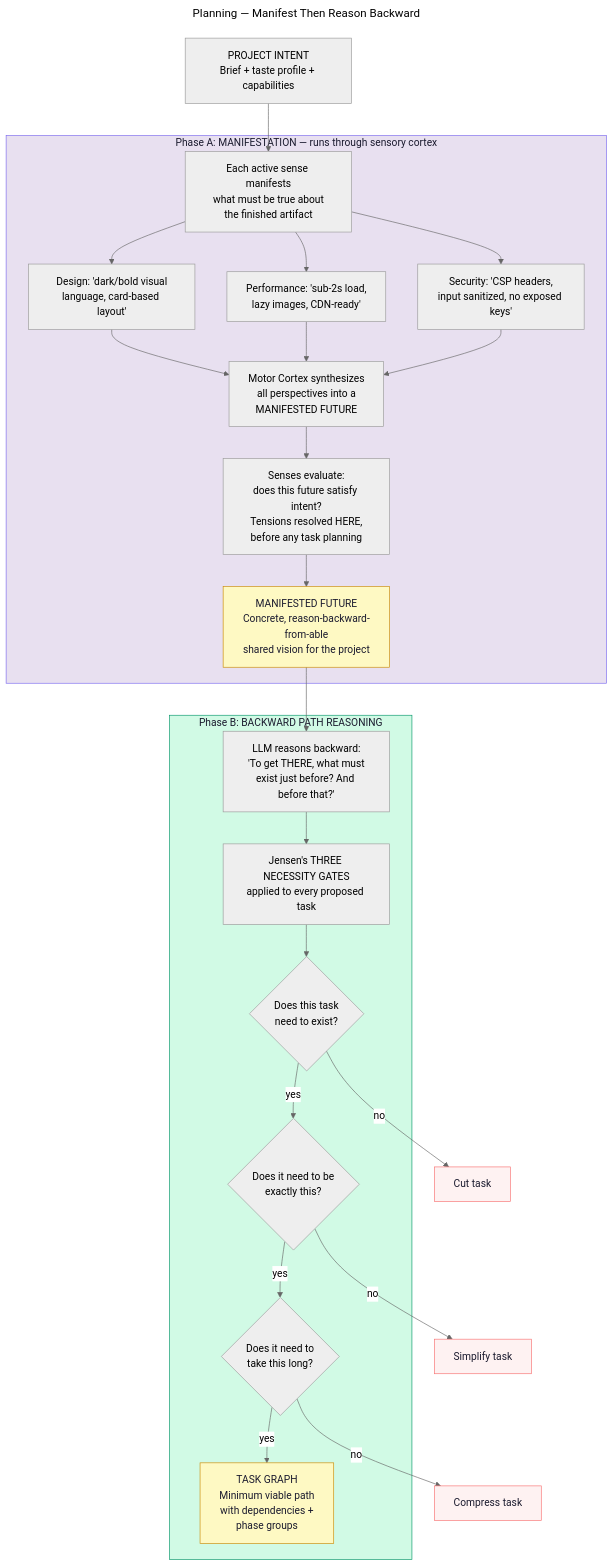
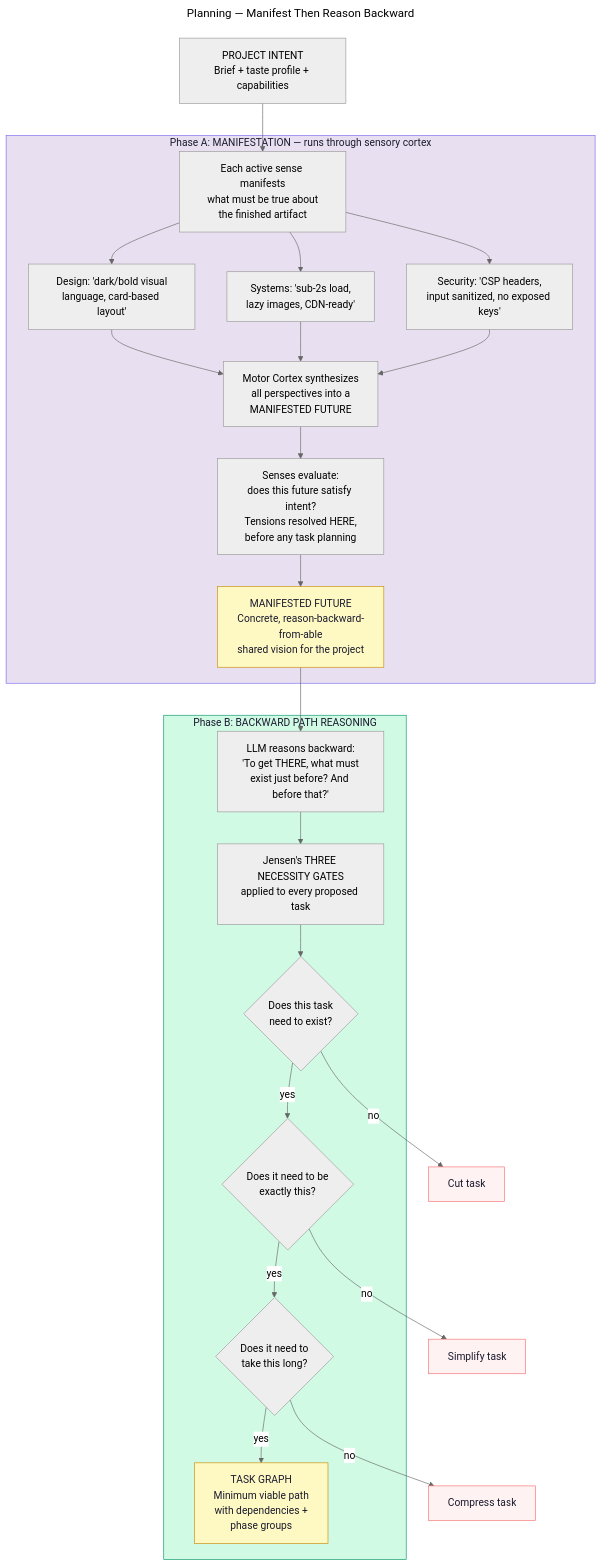
Before and after one commit to Joinery-dev/agent-cortex: the diagram in diagrams/02-planning-two-phases.mmd, drawn with Mermaid (neutral theme). The commit also changed 37 other files, not shown here.

```diff
--- a/diagrams/02-planning-two-phases.mmd
+++ b/diagrams/02-planning-two-phases.mmd
@@ -1,44 +1,44 @@
 ---
 title: "Planning — Manifest Then Reason Backward"
 scope: global
 ---
 flowchart TD
     INTENT["PROJECT INTENT<br/>Brief + taste profile + capabilities"]
 
     subgraph PHASE_A["Phase A: MANIFESTATION — runs through sensory cortex"]
         A1["Each active sense manifests<br/>what must be true about<br/>the finished artifact"]
         A2["Design: 'dark/bold visual<br/>language, card-based layout'"]
-        A3["Performance: 'sub-2s load,<br/>lazy images, CDN-ready'"]
+        A3["Systems: 'sub-2s load,<br/>lazy images, CDN-ready'"]
         A4["Security: 'CSP headers,<br/>input sanitized, no exposed keys'"]
         A5["Motor Cortex synthesizes<br/>all perspectives into a<br/>MANIFESTED FUTURE"]
         A6["Senses evaluate:<br/>does this future satisfy intent?<br/>Tensions resolved HERE,<br/>before any task planning"]
         A7["MANIFESTED FUTURE<br/>Concrete, reason-backward-from-able<br/>shared vision for the project"]
     end
 
     subgraph PHASE_B["Phase B: BACKWARD PATH REASONING"]
         B1["LLM reasons backward:<br/>'To get THERE, what must<br/>exist just before? And before that?'"]
         B2["Jensen's THREE NECESSITY GATES<br/>applied to every proposed task"]
         B3{"Does this task<br/>need to exist?"}
         B4{"Does it need to be<br/>exactly this?"}
         B5{"Does it need to<br/>take this long?"}
         B6["TASK GRAPH<br/>Minimum viable path<br/>with dependencies +<br/>phase groups"]
     end
 
     INTENT --> A1
     A1 --> A2 & A3 & A4
     A2 & A3 & A4 --> A5 --> A6 --> A7
     A7 --> B1 --> B2 --> B3
     B3 -->|no| CUT["Cut task"]
     B3 -->|yes| B4
     B4 -->|no| SIMPLIFY["Simplify task"]
     B4 -->|yes| B5
     B5 -->|no| COMPRESS["Compress task"]
     B5 -->|yes| B6
 
     style PHASE_A fill:#e8e0f0,stroke:#7c6af0,color:#1a1a2e
     style PHASE_B fill:#d1fae5,stroke:#059669,color:#1a1a2e
     style A7 fill:#fef9c3,stroke:#ca8a04,color:#1a1a2e
     style CUT fill:#fef2f2,stroke:#f87171,color:#1a1a2e
     style SIMPLIFY fill:#fef2f2,stroke:#f87171,color:#1a1a2e
     style COMPRESS fill:#fef2f2,stroke:#f87171,color:#1a1a2e
     style B6 fill:#fef9c3,stroke:#ca8a04,color:#1a1a2e
```
